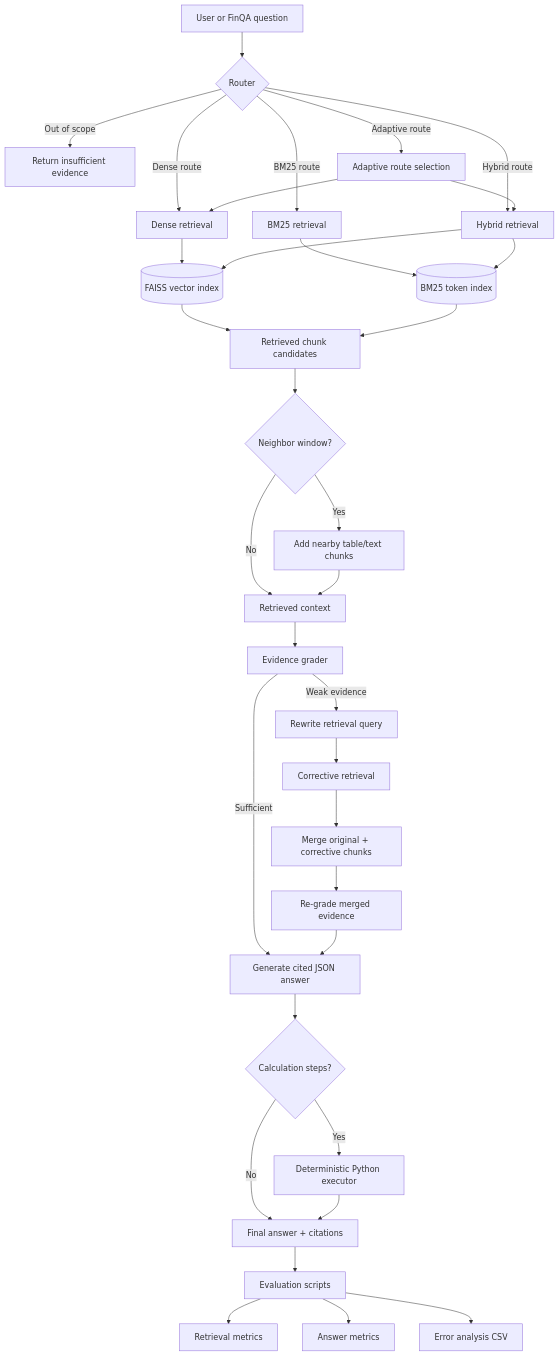
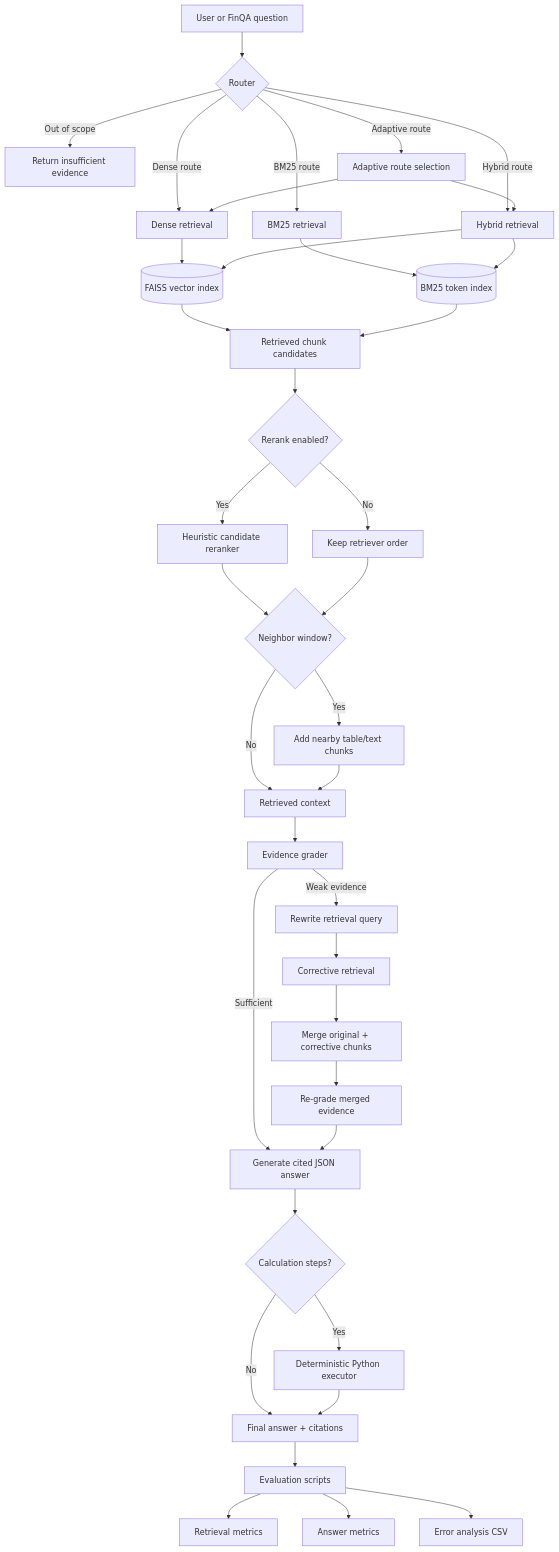
Before and after one commit to EdouardAndre/FinRag: the diagram in README.md, drawn with Mermaid. The commit also changed other lines of this file and 8 other files, not shown here.

````diff
--- a/README.md
+++ b/README.md
@@ -30,45 +31,49 @@
 ```mermaid
 flowchart TD
     Q[User or FinQA question] --> R{Router}
 
     R -->|Out of scope| ABSTAIN[Return insufficient evidence]
     R -->|Dense route| D[Dense retrieval]
     R -->|BM25 route| B[BM25 retrieval]
     R -->|Hybrid route| H[Hybrid retrieval]
     R -->|Adaptive route| AR[Adaptive route selection]
 
     AR --> D
     AR --> H
 
     D --> FAISS[(FAISS vector index)]
     B --> BM25[(BM25 token index)]
     H --> FAISS
     H --> BM25
 
     FAISS --> CAND[Retrieved chunk candidates]
     BM25 --> CAND
 
-    CAND --> N{Neighbor window?}
-    N -->|Yes| EXPAND[Add nearby table/text chunks]
-    N -->|No| CONTEXT[Retrieved context]
+    CAND --> RR{Rerank enabled?}
+    RR -->|Yes| RERANK[Heuristic candidate reranker]
+    RR -->|No| KEEP[Keep retriever order]
+    RERANK --> NW{Neighbor window?}
+    KEEP --> NW
+    NW -->|Yes| EXPAND[Add nearby table/text chunks]
+    NW -->|No| CONTEXT[Retrieved context]
     EXPAND --> CONTEXT
 
     CONTEXT --> G[Evidence grader]
     G -->|Sufficient| GEN[Generate cited JSON answer]
     G -->|Weak evidence| REWRITE[Rewrite retrieval query]
 
     REWRITE --> CORR[Corrective retrieval]
     CORR --> MERGE[Merge original + corrective chunks]
     MERGE --> G2[Re-grade merged evidence]
     G2 --> GEN
 
     GEN --> PROG{Calculation steps?}
     PROG -->|No| OUT[Final answer + citations]
     PROG -->|Yes| EXEC[Deterministic Python executor]
     EXEC --> OUT
 
     OUT --> EVAL[Evaluation scripts]
     EVAL --> RET[Retrieval metrics]
     EVAL --> ANS[Answer metrics]
     EVAL --> ERR[Error analysis CSV]
 ```
````
